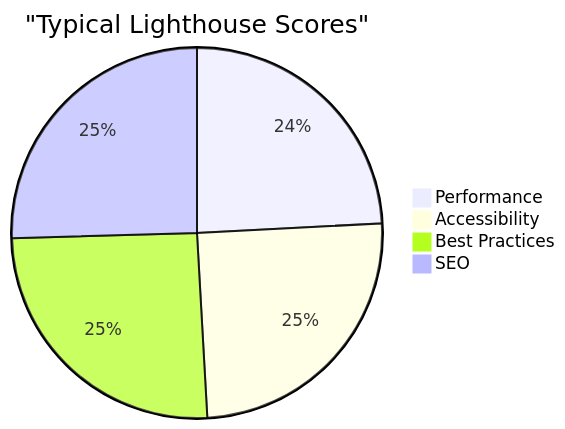
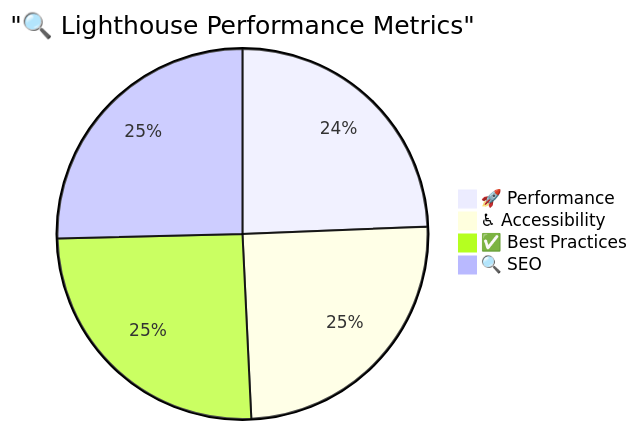
One commit to RyanPatty/DevOps changed the sixth of 7 diagrams in README.md. Above: the diagram before and after it, drawn with Mermaid. The commit also changed other lines of this file and 2 other files, not shown here.

````diff
--- a/README.md
+++ b/README.md
@@ -349,7 +481,8 @@
 ```mermaid
-pie title "Typical Lighthouse Scores"
-    "Performance" : 95
-    "Accessibility" : 98
-    "Best Practices" : 100
-    "SEO" : 100
+%%{init: {'pie': {'textPosition': 0.75}, 'themeVariables': {'pieOuterStrokeWidth': '2px'}}}%%
+pie title "🔍 Lighthouse Performance Metrics"
+    "🚀 Performance" : 96
+    "♿ Accessibility" : 98
+    "✅ Best Practices" : 100
+    "🔍 SEO" : 100
 ```
````
